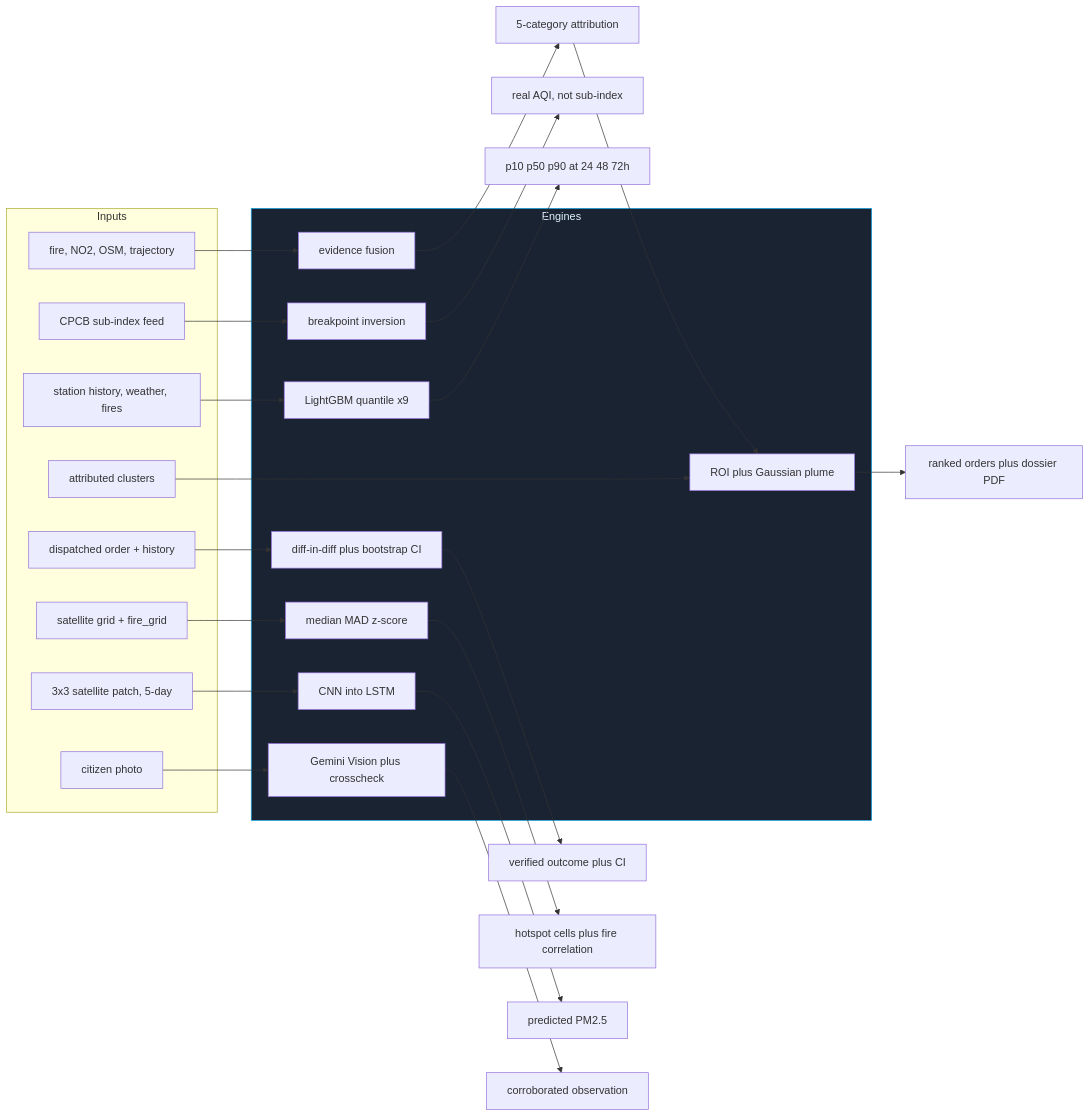
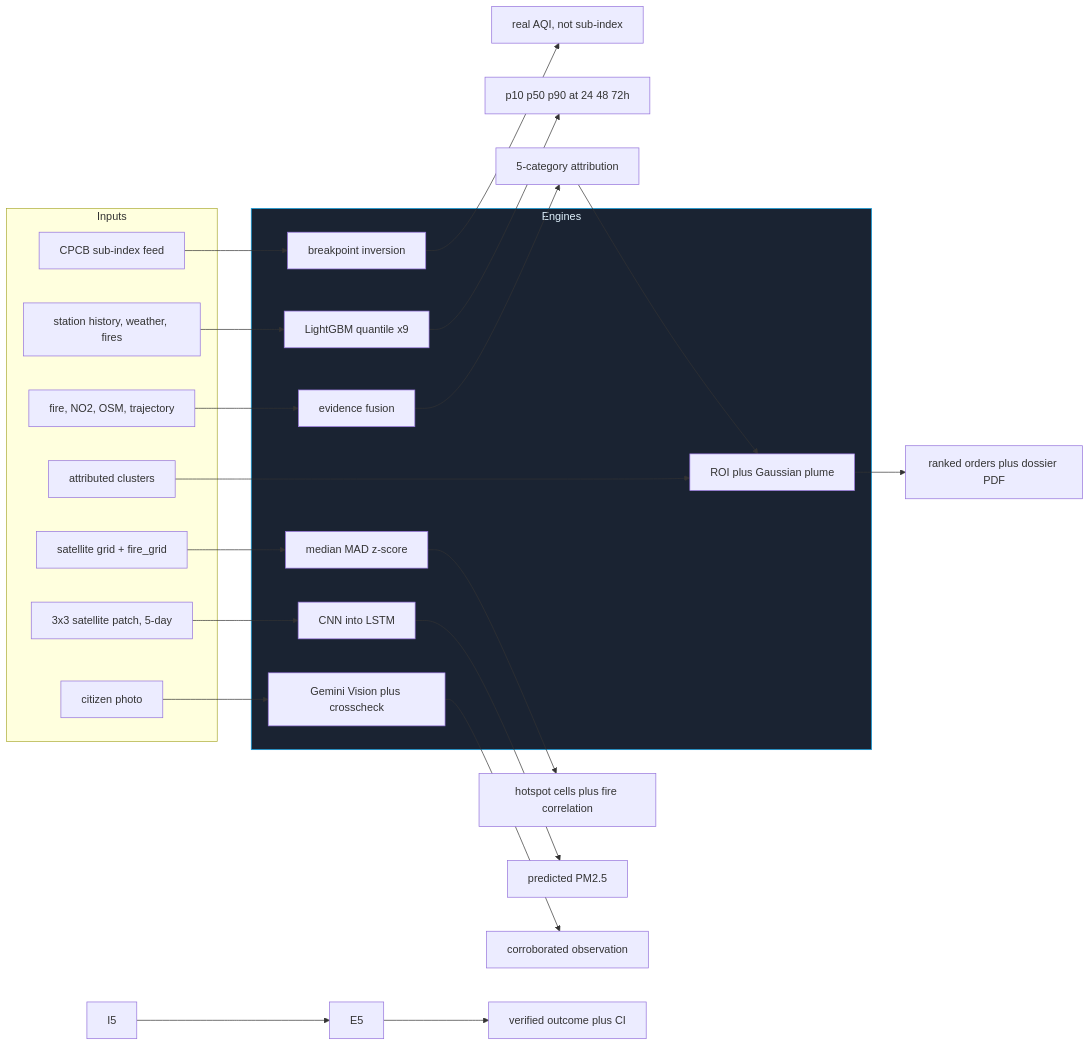
One commit to ashoka0402/final_year_project changed the fourth of 5 diagrams in README.md. Above: the diagram before and after it, drawn with Mermaid. The commit also changed other lines of this file, not shown here.

````diff
--- a/README.md
+++ b/README.md
@@ -319,34 +311,32 @@
 ```mermaid
 flowchart LR
     subgraph inputs["Inputs"]
         I1["CPCB sub-index feed"]
         I2["station history, weather, fires"]
         I3["fire, NO2, OSM, trajectory"]
         I4["attributed clusters"]
-        I5["dispatched order + history"]
         I6["satellite grid + fire_grid"]
         I7["3x3 satellite patch, 5-day"]
         I8["citizen photo"]
     end
     subgraph engines["Engines"]
         E1["breakpoint inversion"]
         E2["LightGBM quantile x9"]
         E3["evidence fusion"]
         E4["ROI plus Gaussian plume"]
-        E5["diff-in-diff plus bootstrap CI"]
         E6["median MAD z-score"]
         E7["CNN into LSTM"]
         E8["Gemini Vision plus crosscheck"]
     end
     I1 --> E1 --> O1["real AQI, not sub-index"]
     I2 --> E2 --> O2["p10 p50 p90 at 24 48 72h"]
     I3 --> E3 --> O3["5-category attribution"]
     O3 --> E4
     I4 --> E4 --> O4["ranked orders plus dossier PDF"]
     I5 --> E5 --> O5["verified outcome plus CI"]
     I6 --> E6 --> O6["hotspot cells plus fire correlation"]
     I7 --> E7 --> O7["predicted PM2.5"]
     I8 --> E8 --> O8["corroborated observation"]
 
     style engines fill:#1a2332,stroke:#0ea5e9,color:#e0f2fe
 ```
````
